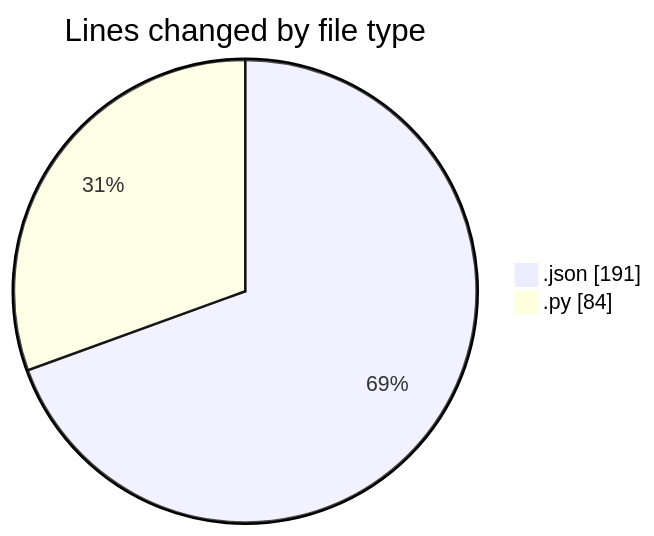
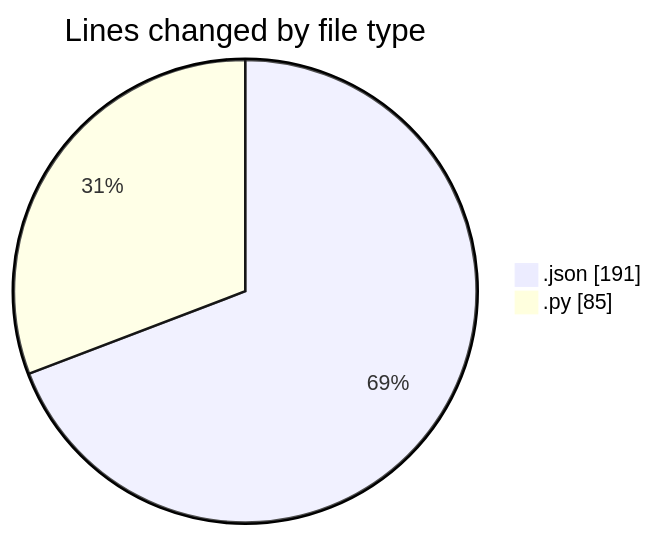
The first of 2 diagrams in 2026-01-02/dsa/README.md (Ritupan-Deka/code-tracking), drawn with Mermaid before and after one commit. The commit also changed other lines of this file and 1 other file, not shown here.

````diff
--- a/2026-01-02/dsa/README.md
+++ b/2026-01-02/dsa/README.md
@@ -22,6 +22,6 @@
 ```mermaid
 pie showData
 title Lines changed by file type
 ".json" : 191
-".py" : 84
+".py" : 85
 ```
````
